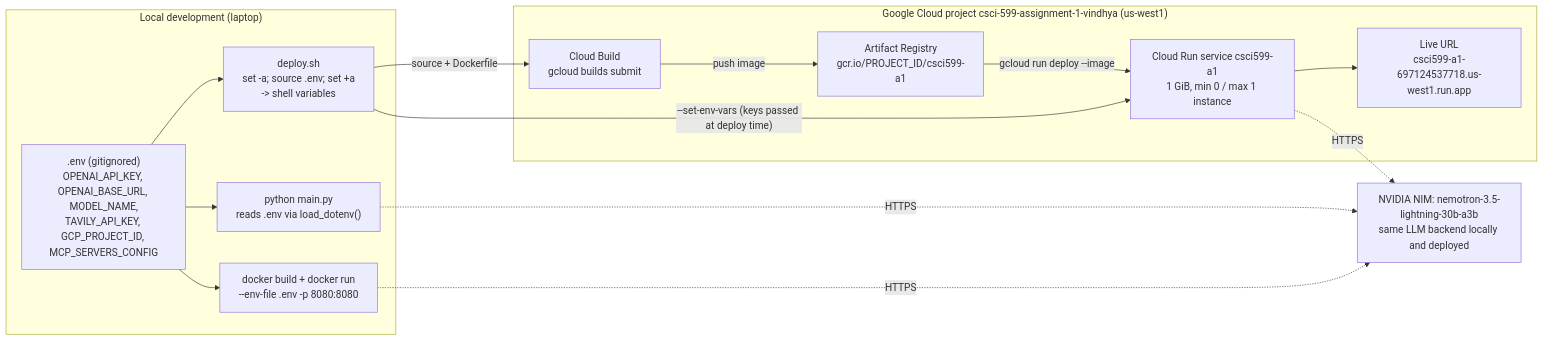
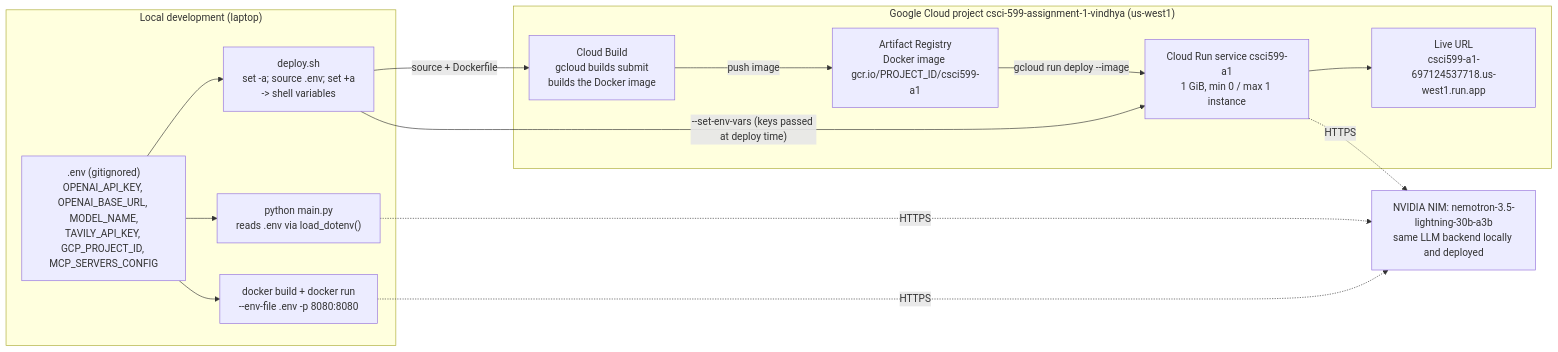
Before and after one commit to vindhya-srinivasan/agentic-mcp-assistant: the third of 3 diagrams in README.md, drawn with Mermaid. The commit also changed other lines of this file, not shown here.

````diff
--- a/README.md
+++ b/README.md
@@ -130,30 +138,30 @@
 ```mermaid
 flowchart LR
     subgraph LOCAL["Local development (laptop)"]
         ENV[".env (gitignored)<br/>OPENAI_API_KEY, OPENAI_BASE_URL, MODEL_NAME,<br/>TAVILY_API_KEY, GCP_PROJECT_ID, MCP_SERVERS_CONFIG"]
         PY["python main.py<br/>reads .env via load_dotenv()"]
         DK["docker build + docker run<br/>--env-file .env -p 8080:8080"]
         SH["deploy.sh<br/>set -a; source .env; set +a<br/>-> shell variables"]
     end
 
     subgraph GCP["Google Cloud project csci-599-assignment-1-vindhya (us-west1)"]
-        CB["Cloud Build<br/>gcloud builds submit"]
-        AR["Artifact Registry<br/>gcr.io/PROJECT_ID/csci599-a1"]
+        CB["Cloud Build<br/>gcloud builds submit<br/>builds the Docker image"]
+        AR["Artifact Registry<br/>Docker image gcr.io/PROJECT_ID/csci599-a1"]
         RUN["Cloud Run service csci599-a1<br/>1 GiB, min 0 / max 1 instance"]
         URL["Live URL<br/>csci599-a1-697124537718.us-west1.run.app"]
     end
 
     NIM["NVIDIA NIM: nemotron-3.5-lightning-30b-a3b<br/>same LLM backend locally and deployed"]
 
     ENV --> PY
     ENV --> DK
     ENV --> SH
     SH -->|"source + Dockerfile"| CB
     CB -->|"push image"| AR
     AR -->|"gcloud run deploy --image"| RUN
     SH -->|"--set-env-vars (keys passed at deploy time)"| RUN
     RUN --> URL
     PY -.->|"HTTPS"| NIM
     DK -.->|"HTTPS"| NIM
     RUN -.->|"HTTPS"| NIM
 ```
````
